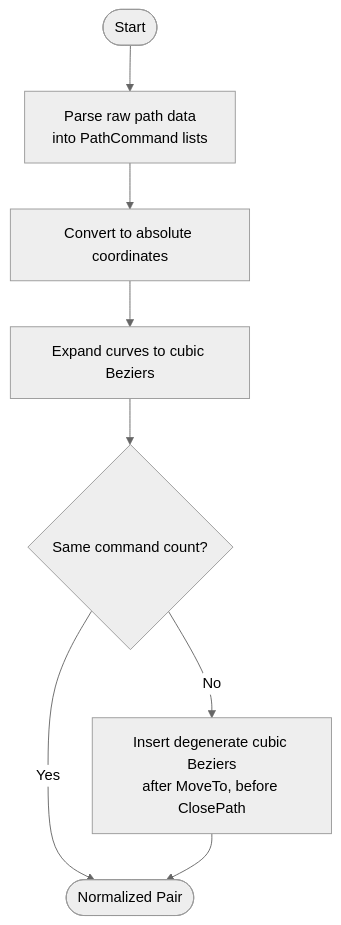
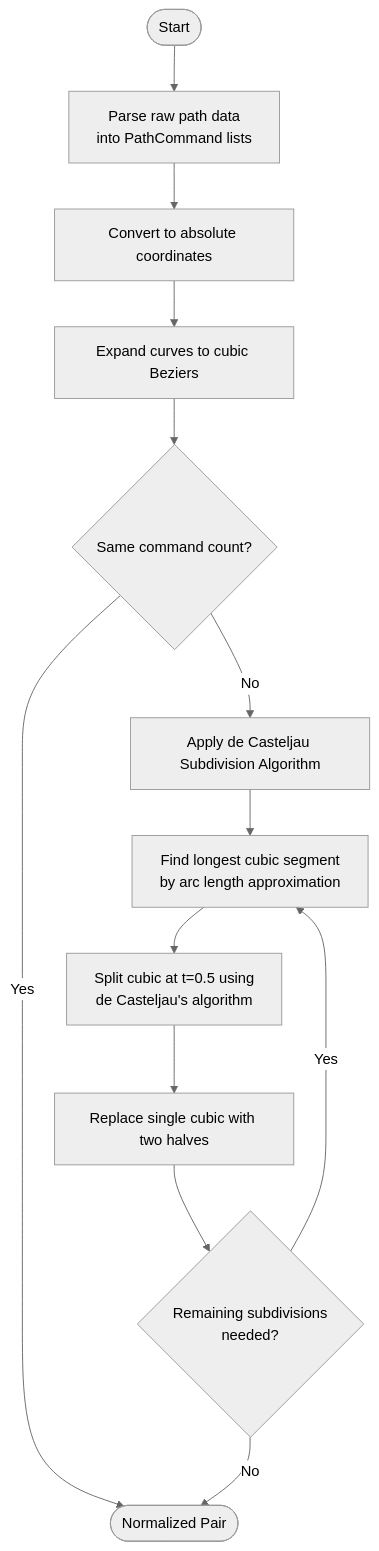
The fourth of 8 diagrams in .qoder/repowiki/en/content/Animated SVG Support/Advanced Animation Features/Path Morphing and Shape Interpolation.md (denisnadey/flutter_full_svg_support), drawn with Mermaid (neutral theme) before and after one commit. The commit also changed other lines of this file and 101 other files, not shown here.

First line of the commit message:
feat(path-morphing): implement de Casteljau subdivision for path normalization

````diff
--- a/.qoder/repowiki/en/content/Animated SVG Support/Advanced Animation Features/Path Morphing and Shape Interpolation.md
+++ b/.qoder/repowiki/en/content/Animated SVG Support/Advanced Animation Features/Path Morphing and Shape Interpolation.md
@@ -255,10 +272,15 @@
 ```mermaid
 flowchart TD
 Start(["Start"]) --> Parse["Parse raw path data<br/>into PathCommand lists"]
 Parse --> Abs["Convert to absolute coordinates"]
 Abs --> Curves["Expand curves to cubic Beziers"]
 Curves --> Len{"Same command count?"}
 Len --> |Yes| Done(["Normalized Pair"])
-Len --> |No| Pad["Insert degenerate cubic Beziers<br/>after MoveTo, before ClosePath"]
-Pad --> Done
+Len --> |No| Subdivide["Apply de Casteljau Subdivision Algorithm"]
+Subdivide --> Longest["Find longest cubic segment<br/>by arc length approximation"]
+Longest --> Split["Split cubic at t=0.5 using<br/>de Casteljau's algorithm"]
+Split --> Replace["Replace single cubic with two halves"]
+Replace --> Remaining{"Remaining subdivisions<br/>needed?"}
+Remaining --> |Yes| Longest
+Remaining --> |No| Done
 ```
````
